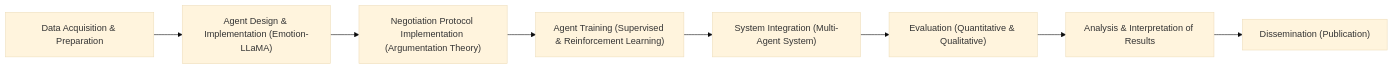
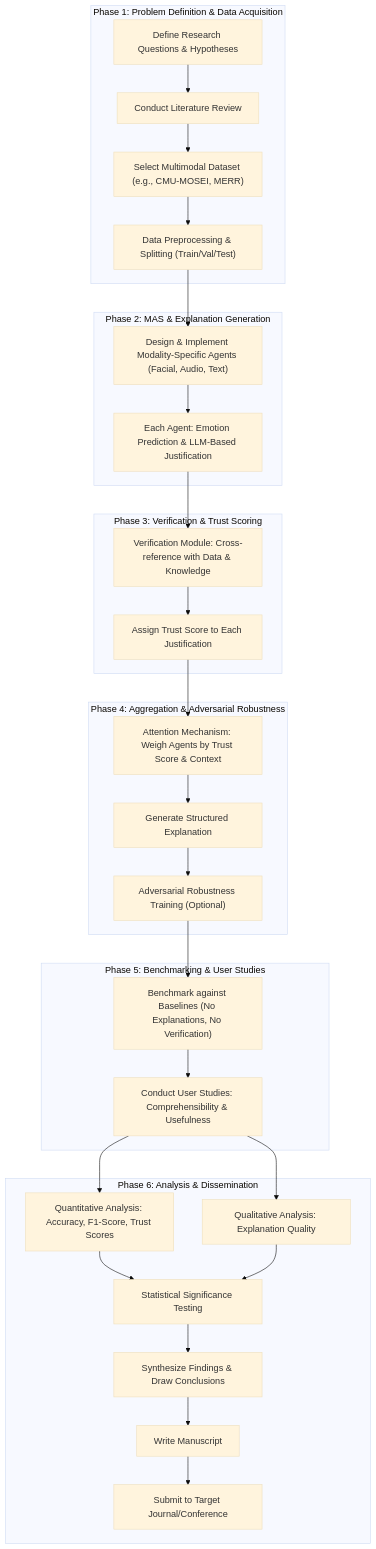
Before and after one commit to Lum1104/agent-brainstorm: the diagram in example.md, drawn with Mermaid (base theme). The commit also changed other lines of this file and 3 other files, not shown here.

````diff
--- a/example.md
+++ b/example.md
@@ -246,10 +231,39 @@
 ```mermaid
-graph LR
-    A["Data Acquisition & Preparation"] --> B["Agent Design & Implementation (Emotion-LLaMA)"];
-    B --> C["Negotiation Protocol Implementation (Argumentation Theory)"];
-    C --> D["Agent Training (Supervised & Reinforcement Learning)"];
-    D --> E["System Integration (Multi-Agent System)"];
-    E --> F["Evaluation (Quantitative & Qualitative)"];
-    F --> G["Analysis & Interpretation of Results"];
-    G --> H["Dissemination (Publication)"];
+graph TD;
+    subgraph "Phase 1: Problem Definition & Data Acquisition"
+        A["Define Research Questions & Hypotheses"] --> B["Conduct Literature Review"];
+        B --> C["Select Multimodal Dataset (e.g., CMU-MOSEI, MERR)"];
+        C --> D["Data Preprocessing & Splitting (Train/Val/Test)"];
+    end
+
+    subgraph "Phase 2: MAS & Explanation Generation"
+       D --> E["Design & Implement Modality-Specific Agents (Facial, Audio, Text)"];
+       E --> F["Each Agent: Emotion Prediction & LLM-Based Justification"];
+    end
+
+    subgraph "Phase 3: Verification & Trust Scoring"
+        F --> G["Verification Module: Cross-reference with Data & Knowledge"];
+        G --> H["Assign Trust Score to Each Justification"];
+    end
+    
+    subgraph "Phase 4: Aggregation & Adversarial Robustness"
+        H --> I["Attention Mechanism: Weigh Agents by Trust Score & Context"];
+        I --> J["Generate Structured Explanation"];
+        J --> K["Adversarial Robustness Training (Optional)"];
+    end
+
+    subgraph "Phase 5: Benchmarking & User Studies"
+        K --> L["Benchmark against Baselines (No Explanations, No Verification)"];
+        L --> M["Conduct User Studies: Comprehensibility & Usefulness"];
+    end
+
+    subgraph "Phase 6: Analysis & Dissemination"
+        M --> N["Quantitative Analysis: Accuracy, F1-Score, Trust Scores"];
+        M --> O["Qualitative Analysis: Explanation Quality"];
+        N --> P["Statistical Significance Testing"];
+        O --> P;
+        P --> Q["Synthesize Findings & Draw Conclusions"];
+        Q --> R["Write Manuscript"];
+        R --> S["Submit to Target Journal/Conference"];
+    end
 ```
````
